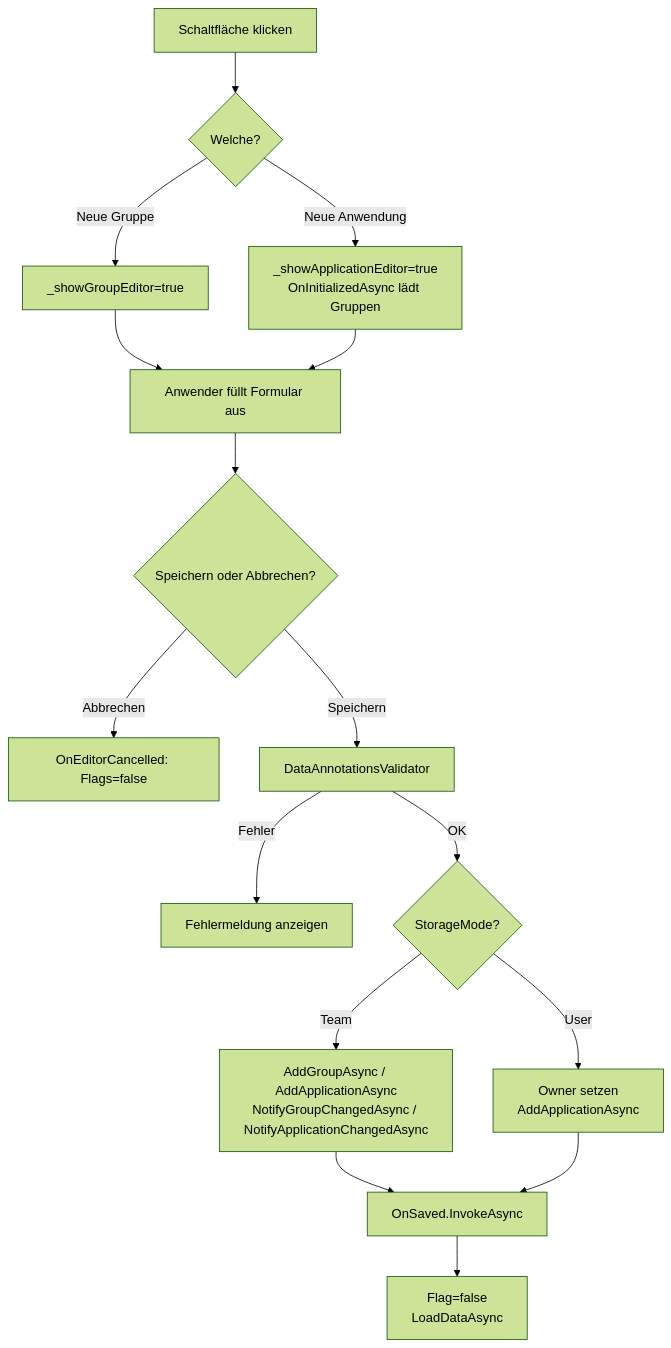
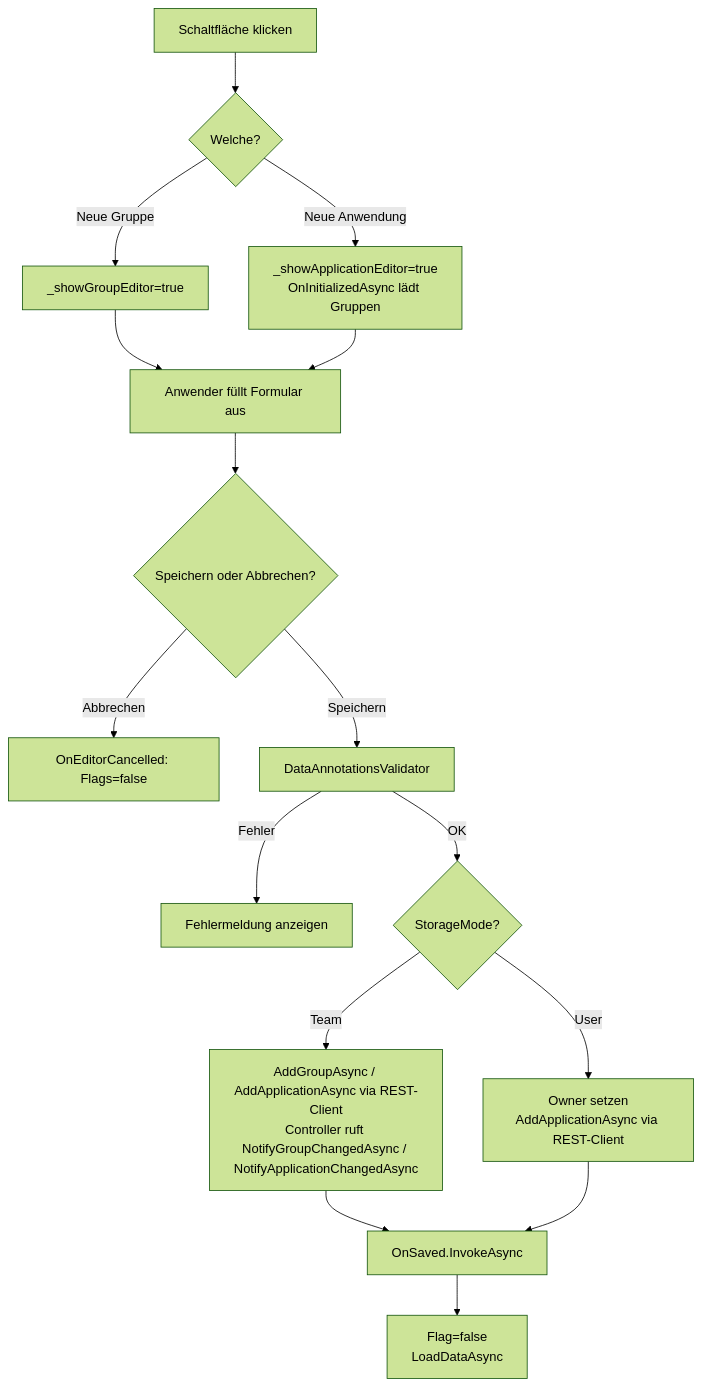
Before and after one commit to martin-stromberg/Schnittstellenzentrale: the first of 2 diagrams in docs/help/anwendungen/ablauf-technisch.md, drawn with Mermaid (forest theme). The commit also changed other lines of this file and 70 other files, not shown here.

````diff
--- a/docs/help/anwendungen/ablauf-technisch.md
+++ b/docs/help/anwendungen/ablauf-technisch.md
@@ -44,18 +45,18 @@
 ```mermaid
 flowchart TD
     A[Schaltfläche klicken] --> B{Welche?}
     B -- Neue Gruppe --> C[_showGroupEditor=true]
     B -- Neue Anwendung --> D[_showApplicationEditor=true\nOnInitializedAsync lädt Gruppen]
     C --> E[Anwender füllt Formular aus]
     D --> E
     E --> F{Speichern oder Abbrechen?}
     F -- Abbrechen --> G[OnEditorCancelled: Flags=false]
     F -- Speichern --> H[DataAnnotationsValidator]
     H -- Fehler --> I[Fehlermeldung anzeigen]
     H -- OK --> J{StorageMode?}
-    J -- Team --> K[AddGroupAsync / AddApplicationAsync\nNotifyGroupChangedAsync / NotifyApplicationChangedAsync]
-    J -- User --> L[Owner setzen\nAddApplicationAsync]
+    J -- Team --> K[AddGroupAsync / AddApplicationAsync via REST-Client\nController ruft NotifyGroupChangedAsync / NotifyApplicationChangedAsync]
+    J -- User --> L[Owner setzen\nAddApplicationAsync via REST-Client]
     K --> M[OnSaved.InvokeAsync]
     L --> M
     M --> N[Flag=false\nLoadDataAsync]
 ```
````
